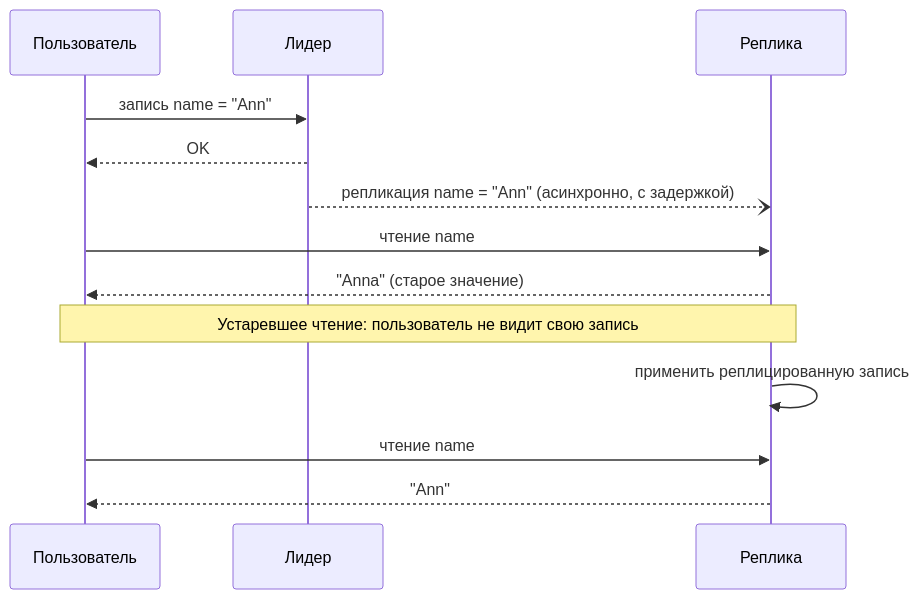
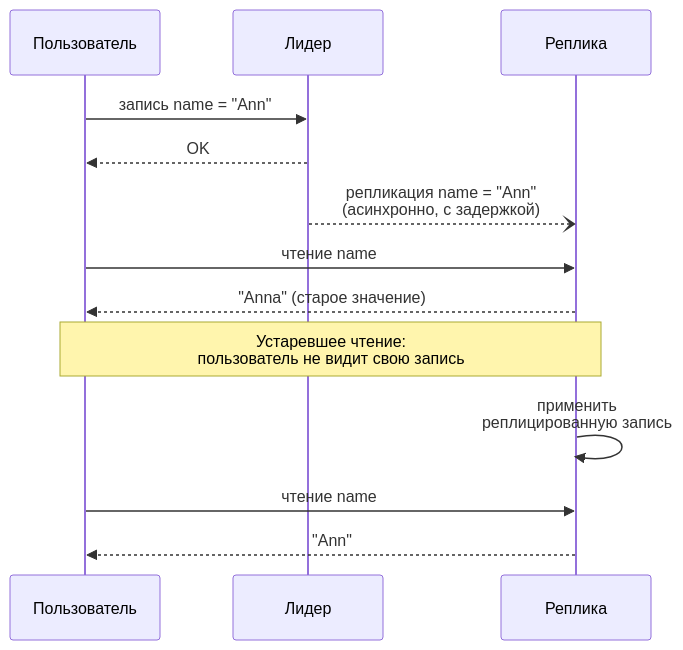
The diagram in src/content/docs/ru/fundamentals/consistency-patterns.mdx (butyavk/system-design), drawn with Mermaid before and after one commit. The commit also changed other lines of this file and 144 other files, not shown here.

````diff
--- a/src/content/docs/ru/fundamentals/consistency-patterns.mdx
+++ b/src/content/docs/ru/fundamentals/consistency-patterns.mdx
@@ -44,15 +44,15 @@
 ```mermaid
 sequenceDiagram
   participant U as Пользователь
   participant L as Лидер
   participant R as Реплика
   U->>L: запись name = "Ann"
   L-->>U: OK
-  L--)R: репликация name = "Ann" (асинхронно, с задержкой)
+  L--)R: репликация name = "Ann"<br/>(асинхронно, с задержкой)
   U->>R: чтение name
   R-->>U: "Anna" (старое значение)
-  Note over U,R: Устаревшее чтение: пользователь не видит свою запись
-  R->>R: применить реплицированную запись
+  Note over U,R: Устаревшее чтение:<br/>пользователь не видит свою запись
+  R->>R: применить<br/>реплицированную запись
   U->>R: чтение name
   R-->>U: "Ann"
 ```
````
